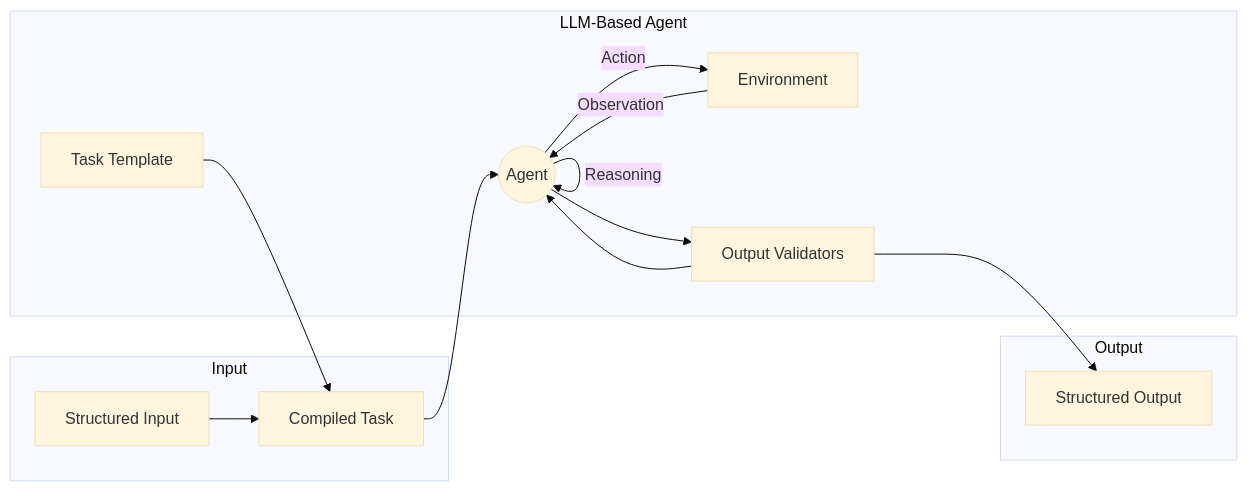
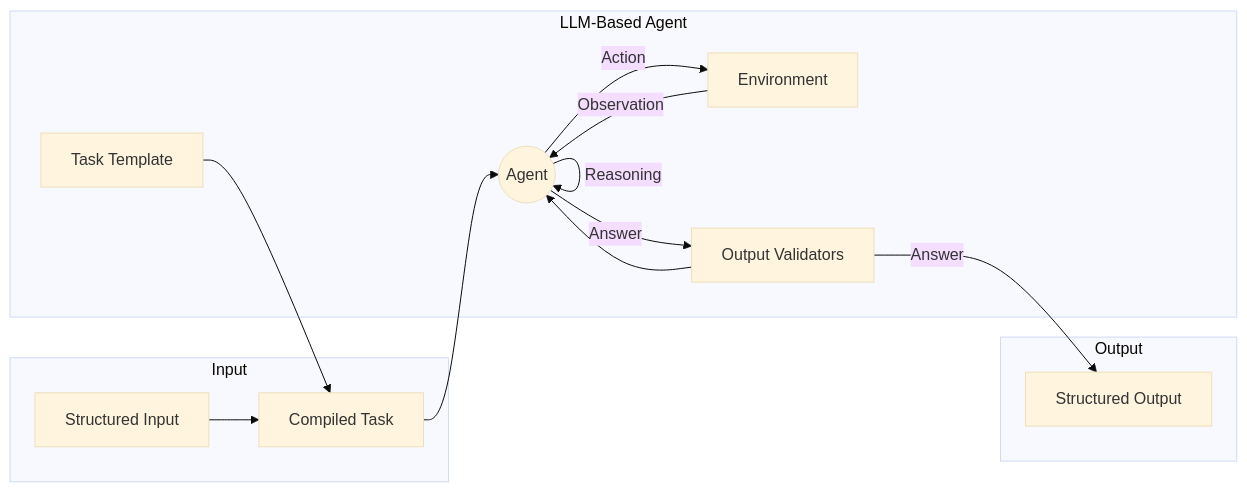
One commit to natexcvi/go-llm changed the diagram in README.md. Above: the diagram before and after it, drawn with Mermaid (base theme).

````diff
--- a/README.md
+++ b/README.md
@@ -6,18 +6,18 @@
 ```mermaid
 graph LR
     subgraph Input
     A[Structured Input] --> B[Compiled Task]
     end
     subgraph LLM-Based Agent
     C[Task Template] --> B[Compiled Task]
     B --> D((Agent))
     D --"Reasoning"--> D
     D --"Action"--> E[Environment]
     E --"Observation"--> D
-    D --> G[Output Validators]
+    D --"Answer"--> G[Output Validators]
     G --> D
     end
     subgraph Output
-    G --> F[Structured Output]
+    G --"Answer"--> F[Structured Output]
     end
 ```
````
